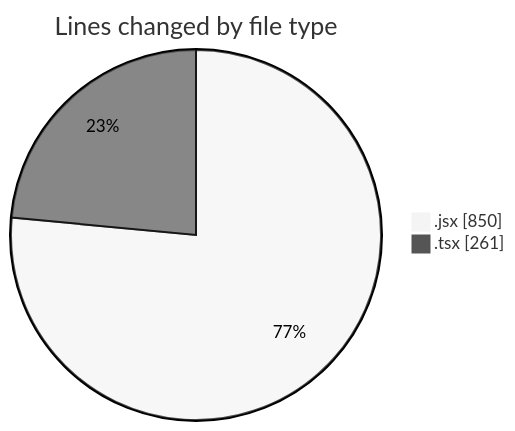
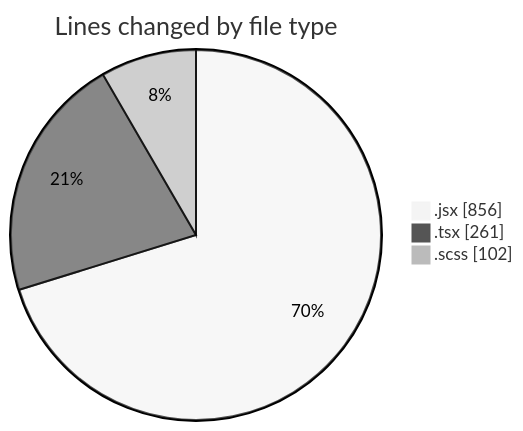
The first of 2 diagrams in 2026-02-11/cda/README.md (momahboobian/code-tracking), drawn with Mermaid (neutral theme) before and after one commit. The commit also changed other lines of this file and 1 other file, not shown here.

````diff
--- a/2026-02-11/cda/README.md
+++ b/2026-02-11/cda/README.md
@@ -24,6 +25,7 @@
 ```mermaid
 pie showData
 title Lines changed by file type
-".jsx" : 850
+".jsx" : 856
 ".tsx" : 261
+".scss" : 102
 ```
````
